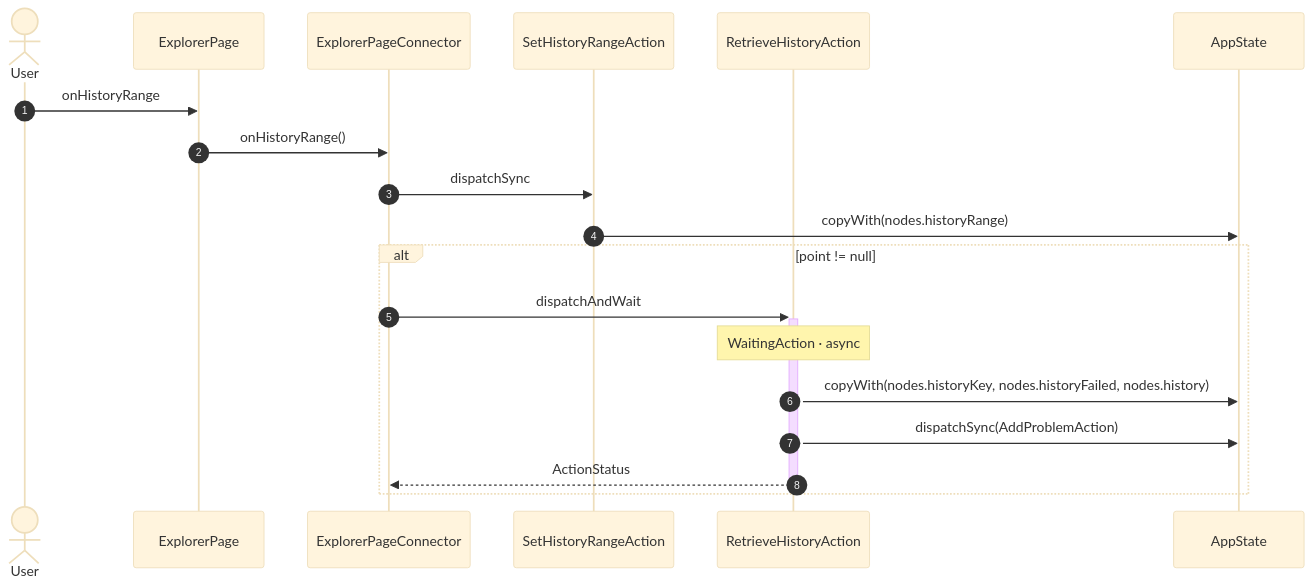
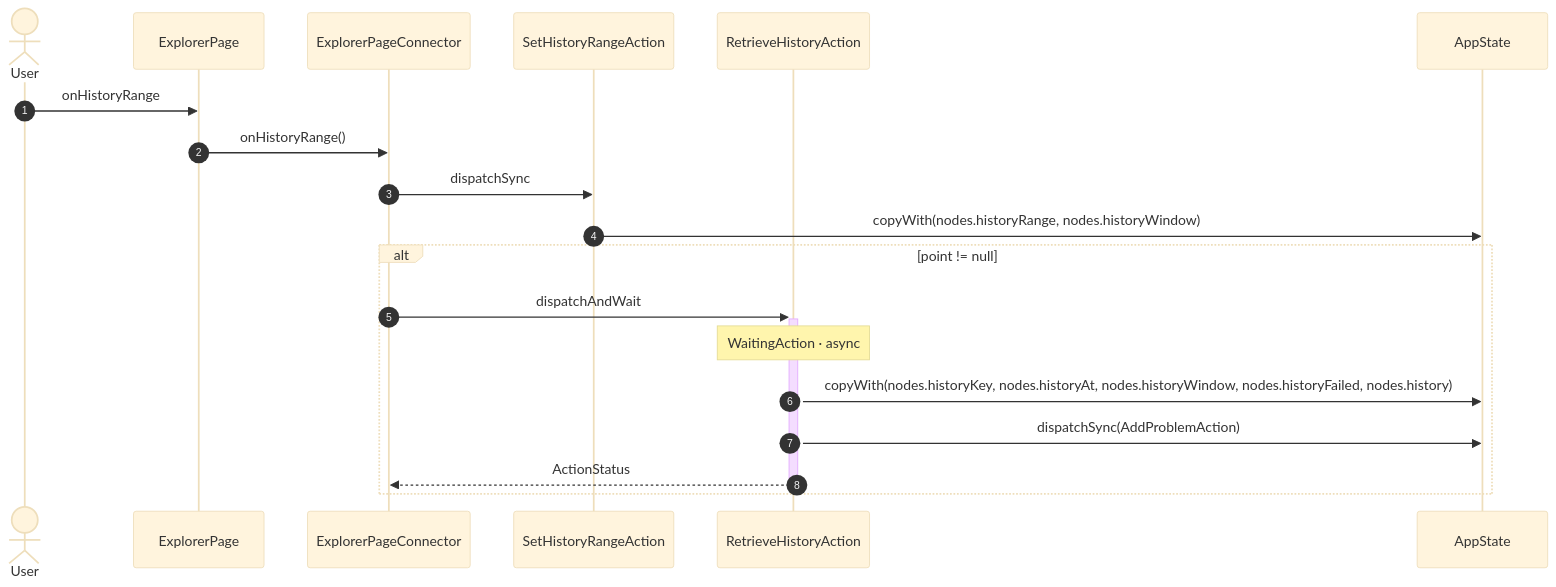
One commit to gencto/wyrm changed diagram 20 of 31 in studio/docs/flows/explorer.md. Above: the diagram before and after it, drawn with Mermaid (base theme). The commit also changed other lines of this file and 30 other files, not shown here.

````diff
--- a/studio/docs/flows/explorer.md
+++ b/studio/docs/flows/explorer.md
@@ -369,22 +369,22 @@
 ```mermaid
 sequenceDiagram
     autonumber
     actor User
     participant UI as ExplorerPage
     participant VM as ExplorerPageConnector
     participant A1 as SetHistoryRangeAction
     participant A2 as RetrieveHistoryAction
     participant ST as AppState
 
     User->>UI: onHistoryRange
     UI->>VM: onHistoryRange()
     VM->>A1: dispatchSync
-    A1->>ST: copyWith(nodes.historyRange)
+    A1->>ST: copyWith(nodes.historyRange, nodes.historyWindow)
     alt point != null
         VM->>+A2: dispatchAndWait
         Note over A2: WaitingAction · async
-        A2->>ST: copyWith(nodes.historyKey, nodes.historyFailed, nodes.history)
+        A2->>ST: copyWith(nodes.historyKey, nodes.historyAt, nodes.historyWindow, nodes.historyFailed, nodes.history)
         A2->>ST: dispatchSync(AddProblemAction)
         A2-->>-VM: ActionStatus
     end
 ```
````
